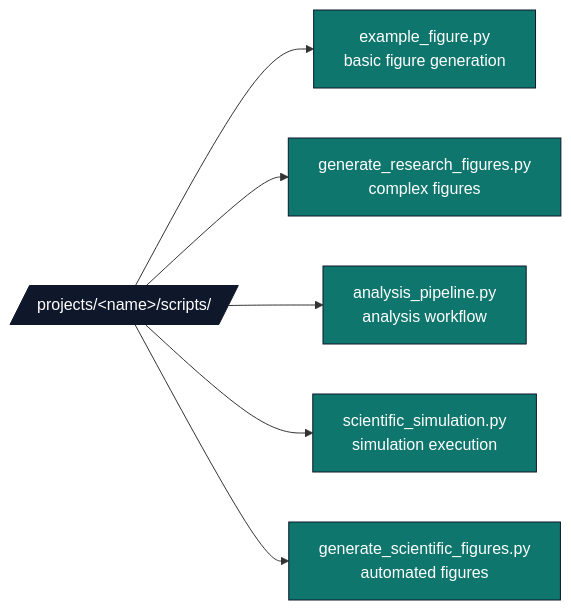
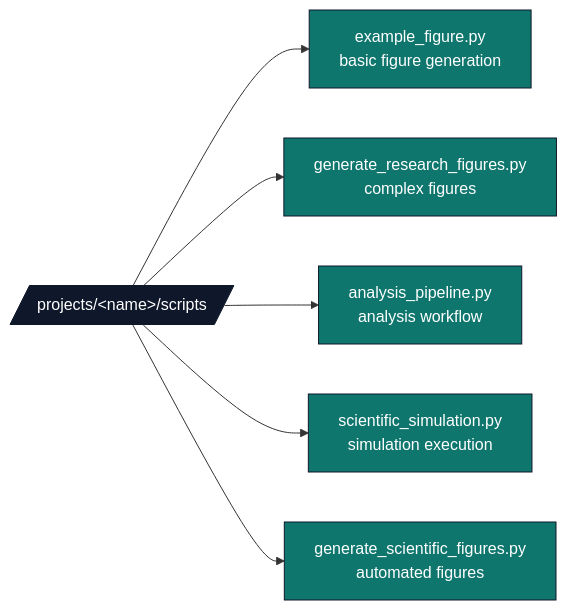
One commit to docxology/template changed the third of 9 diagrams in docs/architecture/two-layer-architecture.md. Above: the diagram before and after it, drawn with Mermaid. The commit also changed other lines of this file and 164 other files, not shown here.

````diff
--- a/docs/architecture/two-layer-architecture.md
+++ b/docs/architecture/two-layer-architecture.md
@@ -108,14 +108,14 @@
 ```mermaid
 flowchart LR
-    SC[/projects/&lt;name&gt;/scripts//]
+    SC[/projects/&lt;name&gt;/scripts/]
     SC --> EF[example_figure.py<br/>basic figure generation]
     SC --> RF[generate_research_figures.py<br/>complex figures]
     SC --> AP[analysis_pipeline.py<br/>analysis workflow]
     SC --> SS[scientific_simulation.py<br/>simulation execution]
     SC --> SF[generate_scientific_figures.py<br/>automated figures]
 
     classDef d fill:#0f172a,stroke:#0f172a,color:#fff
     classDef f fill:#0f766e,stroke:#0f172a,color:#fff
     class SC d
     class EF,RF,AP,SS,SF f
 ```
````
